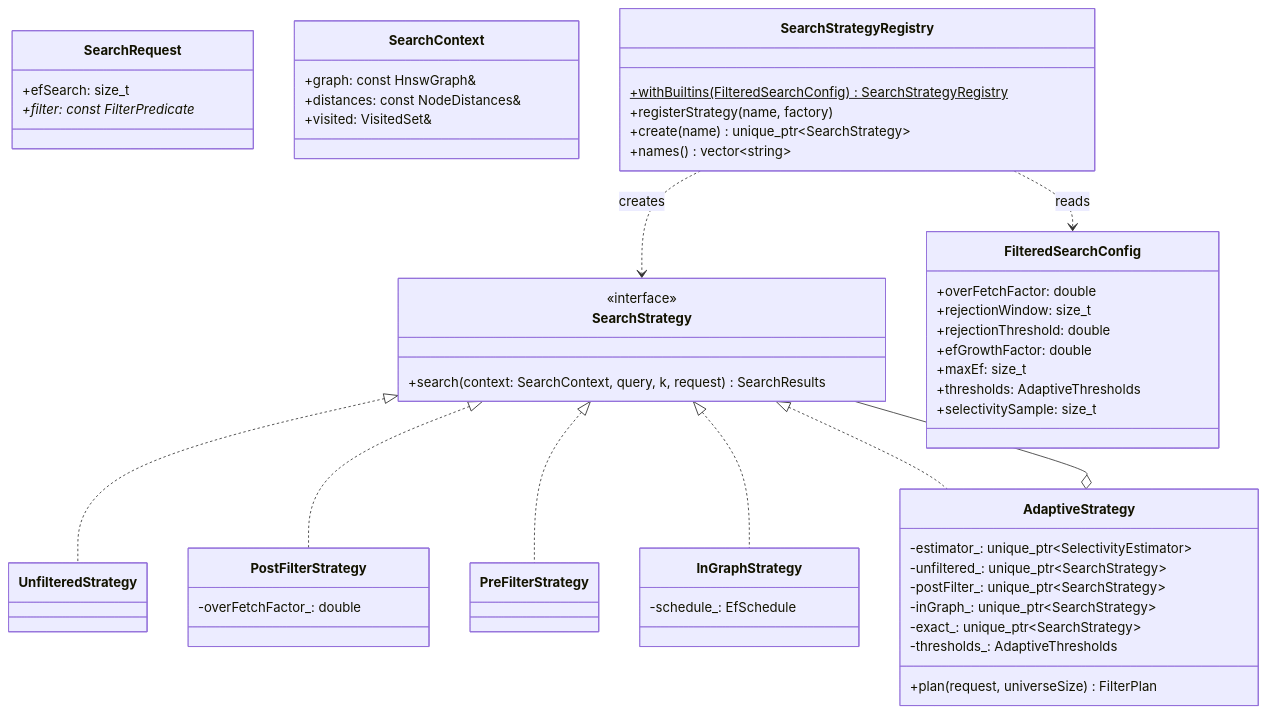
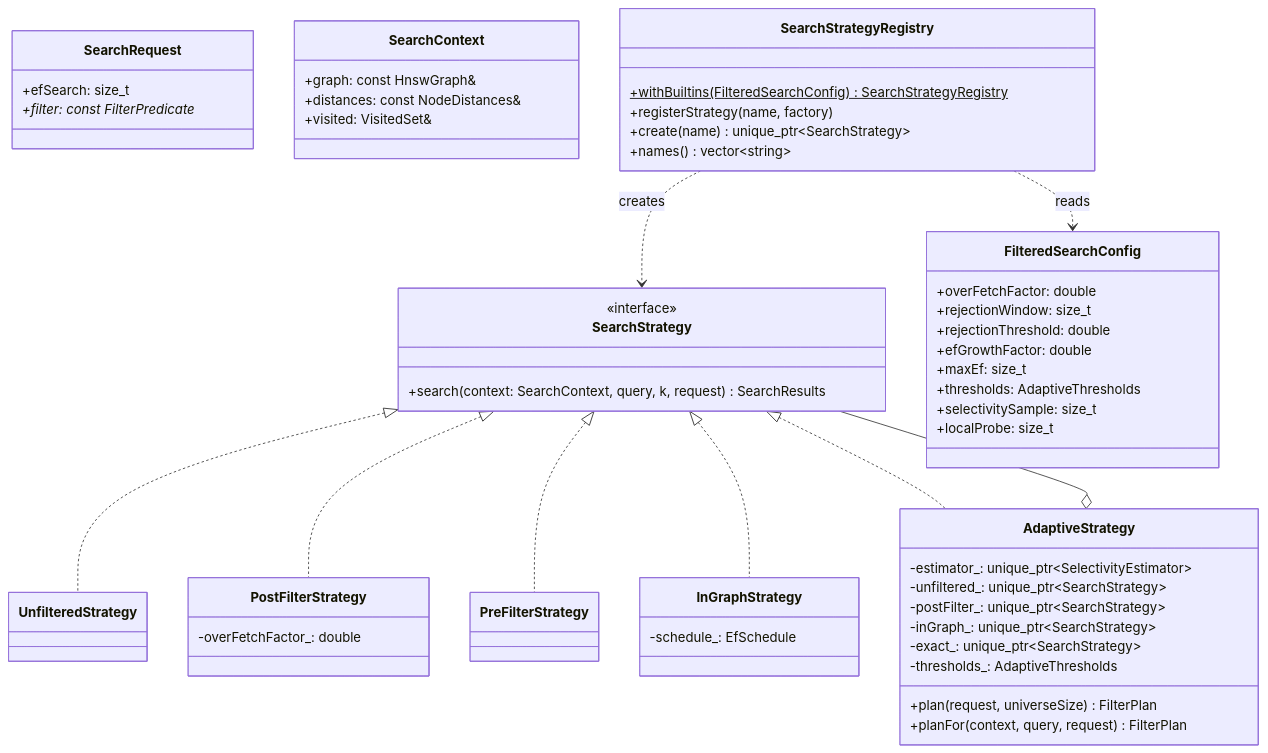
One commit to imDharaneesh/hopfilter-ann changed the eighth of 13 diagrams in docs/design.md. Above: the diagram before and after it, drawn with Mermaid. The commit also changed other lines of this file, not shown here.

First line of the commit message:
docs(design): query-local neighbourhood probe for adaptive search

````diff
--- a/docs/design.md
+++ b/docs/design.md
@@ -399,56 +399,58 @@
 ```mermaid
 classDiagram
     class SearchRequest {
         +efSearch: size_t
         +filter: const FilterPredicate*
     }
     class SearchStrategy {
         <<interface>>
         +search(context: SearchContext, query, k, request) SearchResults
     }
     class SearchContext {
         +graph: const HnswGraph&
         +distances: const NodeDistances&
         +visited: VisitedSet&
     }
     class FilteredSearchConfig {
         +overFetchFactor: double
         +rejectionWindow: size_t
         +rejectionThreshold: double
         +efGrowthFactor: double
         +maxEf: size_t
         +thresholds: AdaptiveThresholds
         +selectivitySample: size_t
+        +localProbe: size_t
     }
     class UnfilteredStrategy
     class PostFilterStrategy {
         -overFetchFactor_: double
     }
     class PreFilterStrategy
     class InGraphStrategy {
         -schedule_: EfSchedule
     }
     class AdaptiveStrategy {
         -estimator_: unique_ptr~SelectivityEstimator~
         -unfiltered_: unique_ptr~SearchStrategy~
         -postFilter_: unique_ptr~SearchStrategy~
         -inGraph_: unique_ptr~SearchStrategy~
         -exact_: unique_ptr~SearchStrategy~
         -thresholds_: AdaptiveThresholds
         +plan(request, universeSize) FilterPlan
+        +planFor(context, query, request) FilterPlan
     }
     class SearchStrategyRegistry {
         +withBuiltins(FilteredSearchConfig)$ SearchStrategyRegistry
         +registerStrategy(name, factory)
         +create(name) unique_ptr~SearchStrategy~
         +names() vector~string~
     }
     SearchStrategy <|.. UnfilteredStrategy
     SearchStrategy <|.. PostFilterStrategy
     SearchStrategy <|.. PreFilterStrategy
     SearchStrategy <|.. InGraphStrategy
     SearchStrategy <|.. AdaptiveStrategy
     AdaptiveStrategy o-- SearchStrategy
     SearchStrategyRegistry ..> SearchStrategy : creates
     SearchStrategyRegistry ..> FilteredSearchConfig : reads
 ```
````
